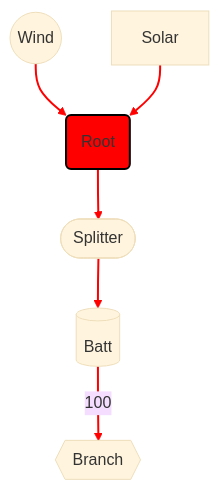
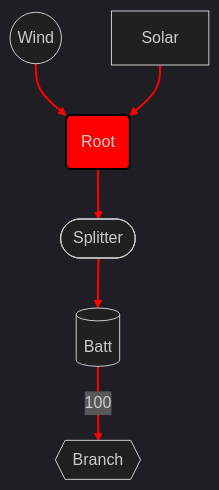
The diagram in power-template.md (ZareMate/rust-logistics), drawn with Mermaid before and after one commit.

````diff
--- a/power-template.md
+++ b/power-template.md
@@ -1,26 +1,26 @@
 ```mermaid
-  %%{init: {'theme':'base'}}%%
+  %%{init: {'theme':'dark'}}%%
   graph TD;
     %% Class Definitions
     classDef root fill:#ff0000,stroke:#000,stroke-width:2,color:#fff; %% Red background, white text
   
     Wind1((Wind))
     Solar1[Solar]
     Root1(Root)
     Splitter1([Splitter])
     Batt1[(Batt)]
     Branch1{{Branch}}
 
     %% Graph Nodes
     Wind1 -->| | Root1;
     Solar1 -->| | Root1;
     Root1 -->| | Splitter1;
     Splitter1 -->| | Batt1;
     Batt1 -->|100| Branch1;
 
     %% Link Styles
     linkStyle 0,1,2,3,4 stroke:red,stroke-width:2;
 
     %% Class Assignments
     class Root1 root;
 ```
````
